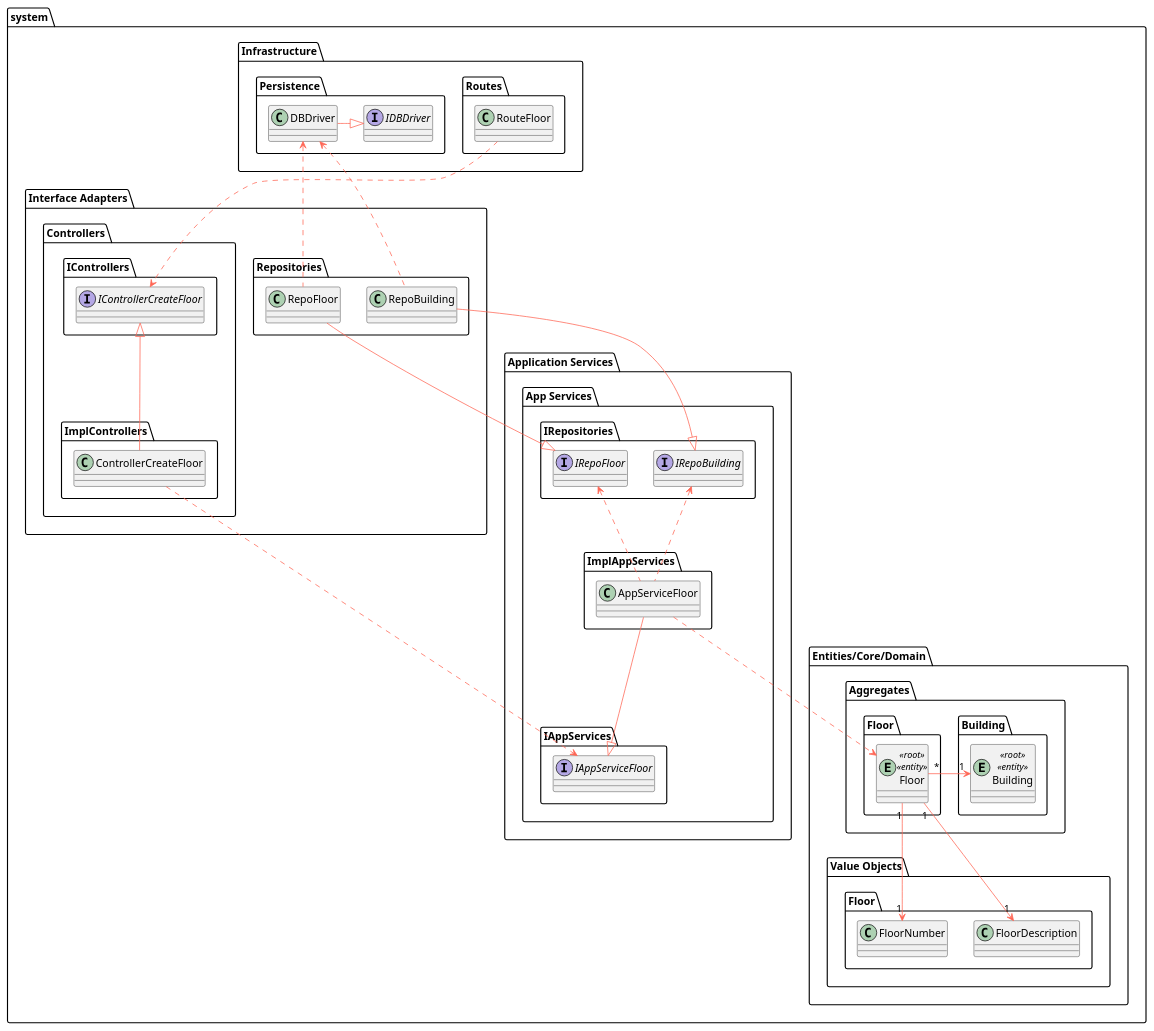
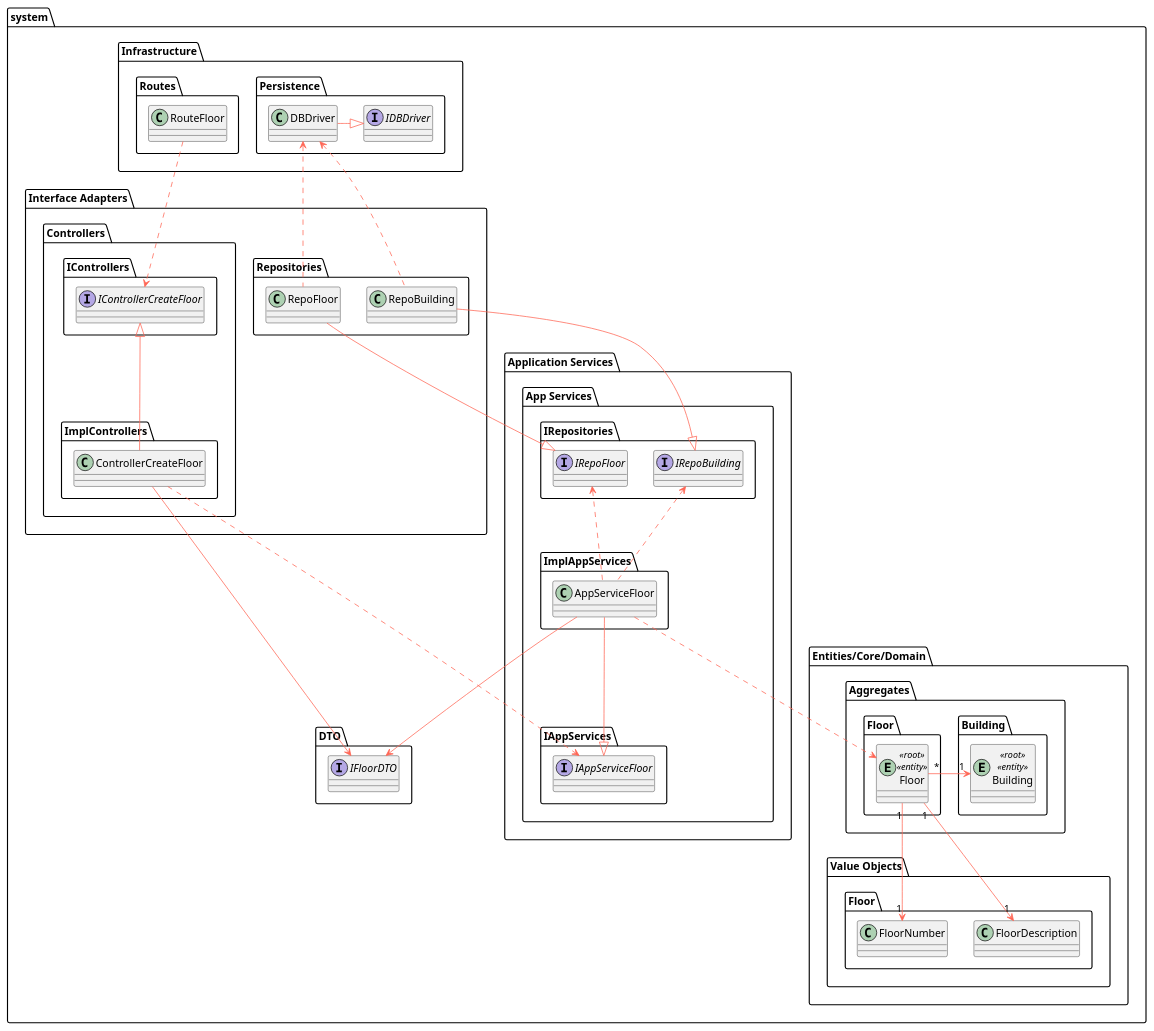
One commit to Departamento-de-Engenharia-Informatica/lapr5-23-24-g19 changed the diagram in docs/us210/level3/class-diagram.puml. Above: the diagram before and after it, drawn with PlantUML. The commit also changed other lines of this file and 3 other files, not shown here.

```diff
--- a/docs/us210/level3/class-diagram.puml
+++ b/docs/us210/level3/class-diagram.puml
@@ -1,107 +1,110 @@
 @startuml
 
 skinparam component {
     FontSize 16
     BackgroundColor<<Apache>> LightCoral
     BorderColor<<Apache>> #FF6655
     FontName Courier
     BorderColor black
     BackgroundColor DeepSkyBlue
     ArrowFontName Impact
     ArrowColor #FF6655
 }
 
 package system {
     package "Infrastructure" {
-        package "Routes" {
-            class RouteFloor
-        }
-
         package "Persistence" {
             interface IDBDriver
             class DBDriver
+        }
+
+        package "Routes" {
+            class RouteFloor
         }
 
         DBDriver -right-|> IDBDriver
     }
 
     package "Interface Adapters" {
         package "Controllers" {
             package "IControllers" {
                 interface IControllerCreateFloor
             }
 
             package "ImplControllers" {
                 class ControllerCreateFloor
             }
             ControllerCreateFloor -up-|> IControllerCreateFloor
         }
 
         package "Repositories" {
             class RepoBuilding
             class RepoFloor
         }
 
         RepoBuilding .up.> DBDriver
         RepoFloor .up.> DBDriver
 
         RouteFloor ..> IControllerCreateFloor
     }
 
     package "Application Services" {
         package "App Services" {
             package "IAppServices" {
                 interface IAppServiceFloor
             }
 
             package "ImplAppServices" {
                 class AppServiceFloor
             }
 
             AppServiceFloor --|> IAppServiceFloor
 
             package "IRepositories" {
                 interface IRepoBuilding
                 interface IRepoFloor
             }
 
             RepoBuilding --|> IRepoBuilding
             RepoFloor --|> IRepoFloor
         }
 
         ControllerCreateFloor ..> IAppServiceFloor
 
         AppServiceFloor .up.> IRepoBuilding
         AppServiceFloor .up.> IRepoFloor
     }
 
     package "Entities/Core/Domain" {
         package "Aggregates" {
             package "Building" as a_building {
                 entity Building <<root>> <<entity>>
             }
 
             package "Floor" as a_floor {
                 entity Floor <<root>> <<entity>>
             }
         }
 
         package "Value Objects" {
             package "Floor" as vo_floor {
                 class FloorDescription
                 class FloorNumber
             }
         }
 
         Floor "*" -right-> "1" Building
         Floor "1" --> "1" FloorDescription
         Floor "1" --> "1" FloorNumber
 
         AppServiceFloor ..> Floor
+    }
+    package "DTO" {
+        interface IFloorDTO
 
-        'package "Services" {
-        '}
     }
+    AppServiceFloor --> IFloorDTO
+    ControllerCreateFloor --> IFloorDTO
 }
 
 @enduml
```
